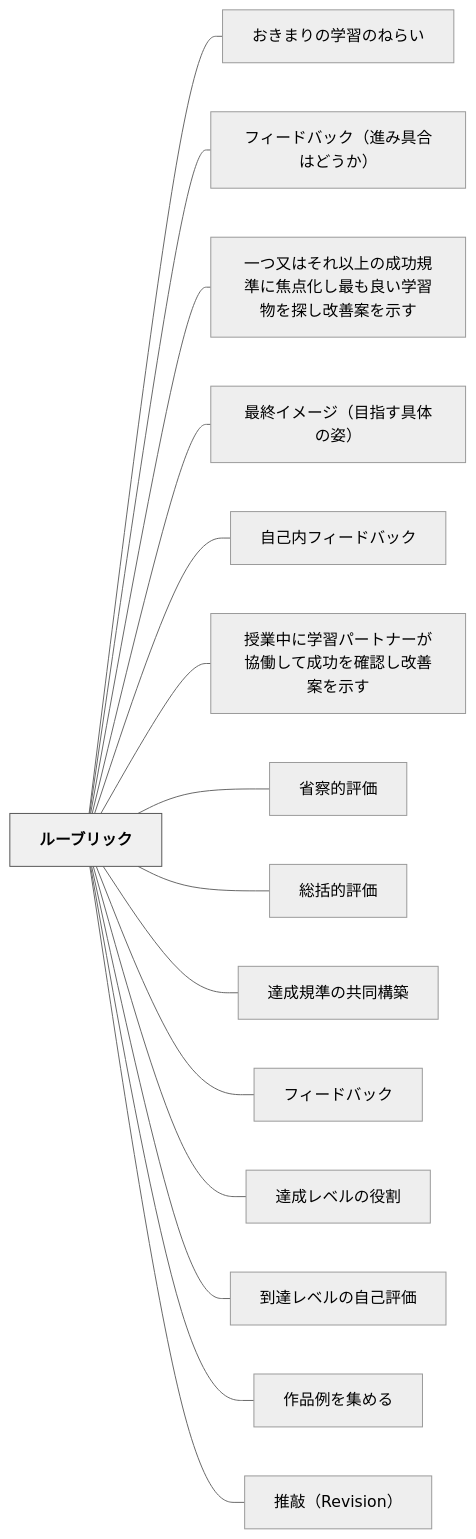
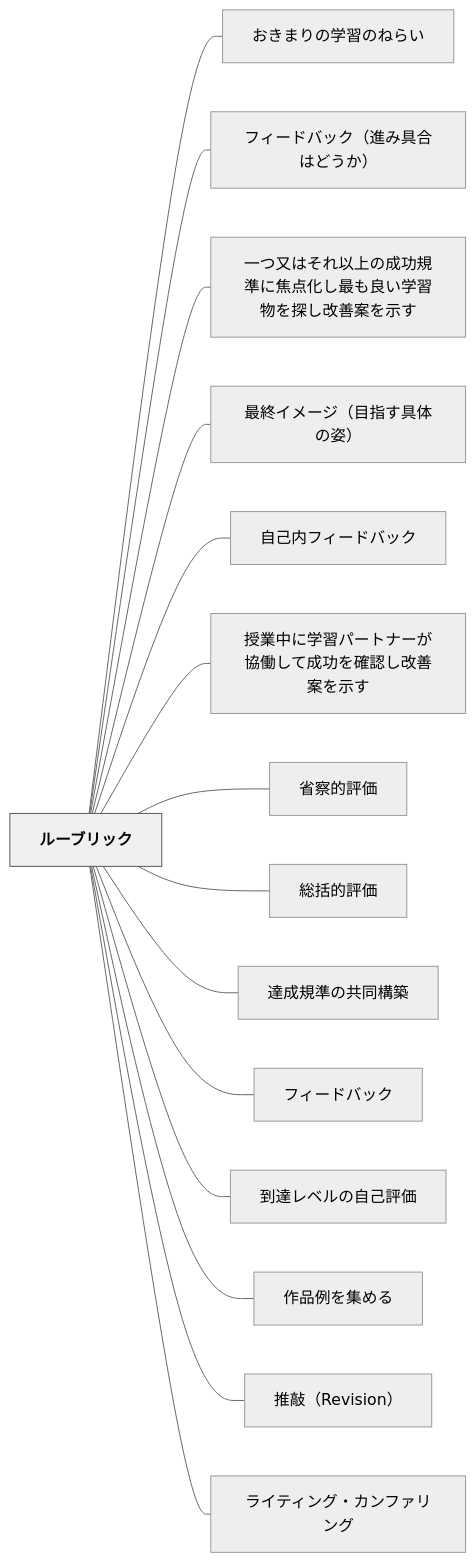
One commit to unknownthings-ed-patterns/unknownthings-ed-patterns changed the diagram in content/パタン/ルーブリック.md. Above: the diagram before and after it, drawn with Mermaid (neutral theme). The commit also changed other lines of this file and 26 other files, not shown here.

````diff
--- a/content/パタン/ルーブリック.md
+++ b/content/パタン/ルーブリック.md
@@ -179,36 +190,36 @@
 ```mermaid
 flowchart LR
     ne383abe383bce38396e383aae38383e382af["ルーブリック"]
     ne3818ae3818de381bee3828ae381aee5ada6e7bf92e381aee381ade38289e38184["おきまりの学習のねらい"]
     ne38395e382a3e383bce38389e38390e38383e382afefbc88e980b2e381bfe585b7e59088e381afe381a9e38186e3818befbc89["フィードバック（進み具合はどうか）"]
     ne4b880e381a4e58f88e381afe3819de3828ce4bba5e4b88ae381aee68890e58a9fe8a68fe6ba96e381abe784a6e782b9e58c96e38197e69c80e38282e889afe38184e5ada6e7bf92e789a9e38292e68ea2e38197e694b9e59684e6a188e38292e7a4bae38199["一つ又はそれ以上の成功規準に焦点化し最も良い学習物を探し改善案を示す"]
     ne69c80e7b582e382a4e383a1e383bce382b8efbc88e79baee68c87e38199e585b7e4bd93e381aee5a7bfefbc89["最終イメージ（目指す具体の姿）"]
     ne887aae5b7b1e58685e38395e382a3e383bce38389e38390e38383e382af["自己内フィードバック"]
     ne68e88e6a5ade4b8ade381abe5ada6e7bf92e38391e383bce38388e3838ae383bce3818ce58d94e5838de38197e381a6e68890e58a9fe38292e7a2bae8aa8de38197e694b9e59684e6a188e38292e7a4bae38199["授業中に学習パートナーが協働して成功を確認し改善案を示す"]
     ne79c81e5af9fe79a84e8a995e4bea1["省察的評価"]
     ne7b78fe68bace79a84e8a995e4bea1["総括的評価"]
     ne98194e68890e8a68fe6ba96e381aee585b1e5908ce6a78be7af89["達成規準の共同構築"]
     ne38395e382a3e383bce38389e38390e38383e382af["フィードバック"]
-    ne98194e68890e383ace38399e383abe381aee5bdb9e589b2["達成レベルの役割"]
     ne588b0e98194e383ace38399e383abe381aee887aae5b7b1e8a995e4bea1["到達レベルの自己評価"]
     ne4bd9ce59381e4be8be38292e99b86e38281e3828b["作品例を集める"]
     ne68ea8e695b2efbc885265766973696f6eefbc89["推敲（Revision）"]
+    ne383a9e382a4e38386e382a3e383b3e382b0e383bbe382abe383b3e38395e382a1e383aae383b3e382b0["ライティング・カンファリング"]
 
     ne383abe383bce38396e383aae38383e382af --- ne3818ae3818de381bee3828ae381aee5ada6e7bf92e381aee381ade38289e38184
     ne383abe383bce38396e383aae38383e382af --- ne38395e382a3e383bce38389e38390e38383e382afefbc88e980b2e381bfe585b7e59088e381afe381a9e38186e3818befbc89
     ne383abe383bce38396e383aae38383e382af --- ne4b880e381a4e58f88e381afe3819de3828ce4bba5e4b88ae381aee68890e58a9fe8a68fe6ba96e381abe784a6e782b9e58c96e38197e69c80e38282e889afe38184e5ada6e7bf92e789a9e38292e68ea2e38197e694b9e59684e6a188e38292e7a4bae38199
     ne383abe383bce38396e383aae38383e382af --- ne69c80e7b582e382a4e383a1e383bce382b8efbc88e79baee68c87e38199e585b7e4bd93e381aee5a7bfefbc89
     ne383abe383bce38396e383aae38383e382af --- ne887aae5b7b1e58685e38395e382a3e383bce38389e38390e38383e382af
     ne383abe383bce38396e383aae38383e382af --- ne68e88e6a5ade4b8ade381abe5ada6e7bf92e38391e383bce38388e3838ae383bce3818ce58d94e5838de38197e381a6e68890e58a9fe38292e7a2bae8aa8de38197e694b9e59684e6a188e38292e7a4bae38199
     ne383abe383bce38396e383aae38383e382af --- ne79c81e5af9fe79a84e8a995e4bea1
     ne383abe383bce38396e383aae38383e382af --- ne7b78fe68bace79a84e8a995e4bea1
     ne383abe383bce38396e383aae38383e382af --- ne98194e68890e8a68fe6ba96e381aee585b1e5908ce6a78be7af89
     ne383abe383bce38396e383aae38383e382af --- ne38395e382a3e383bce38389e38390e38383e382af
-    ne383abe383bce38396e383aae38383e382af --- ne98194e68890e383ace38399e383abe381aee5bdb9e589b2
     ne383abe383bce38396e383aae38383e382af --- ne588b0e98194e383ace38399e383abe381aee887aae5b7b1e8a995e4bea1
     ne383abe383bce38396e383aae38383e382af --- ne4bd9ce59381e4be8be38292e99b86e38281e3828b
     ne383abe383bce38396e383aae38383e382af --- ne68ea8e695b2efbc885265766973696f6eefbc89
+    ne383abe383bce38396e383aae38383e382af --- ne383a9e382a4e38386e382a3e383b3e382b0e383bbe382abe383b3e38395e382a1e383aae383b3e382b0
 
     classDef hub fill:#f0f0f0,stroke:#555,color:#000,font-weight:bold
     class ne383abe383bce38396e383aae38383e382af hub
 ```
````
